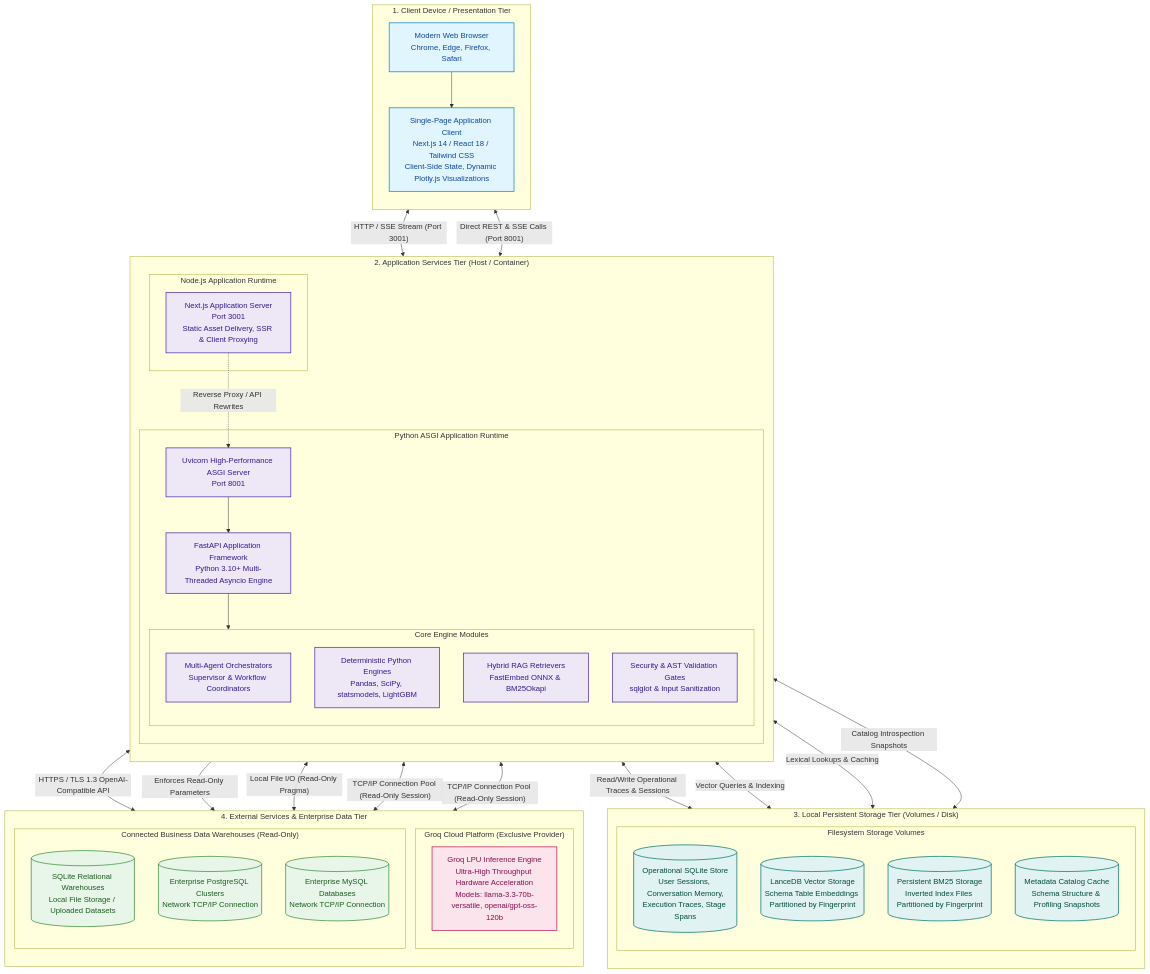
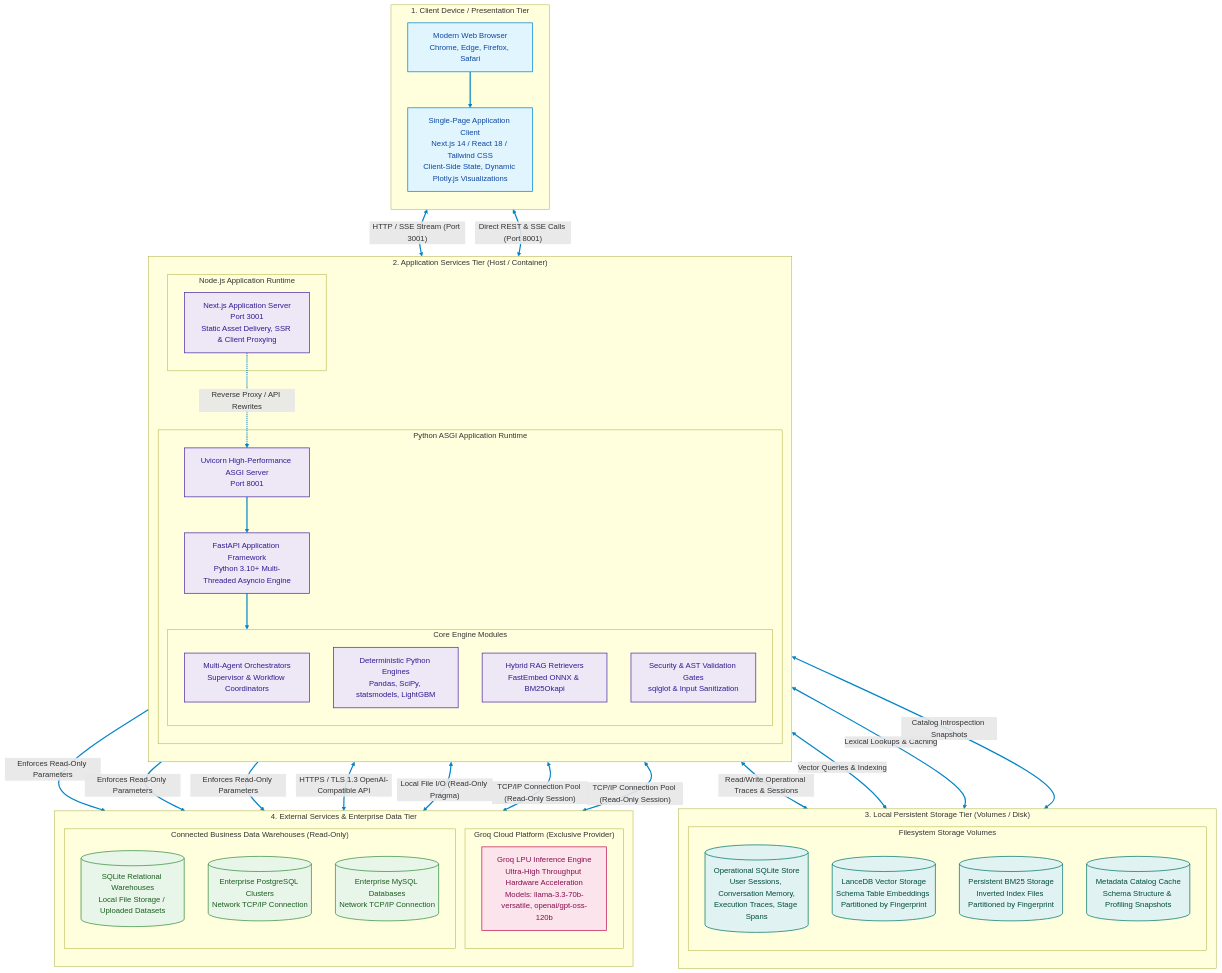
The diagram in docs/architecture/07_deployment_and_infrastructure.mmd (ganeshk2846/AI-Data-Scientist-Agent), drawn with Mermaid before and after one commit. The commit also changed 11 other files, not shown here.

Commit message:
docs: enhance mermaid diagram contrast and fix hierarchical layout

```diff
--- a/docs/architecture/07_deployment_and_infrastructure.mmd
+++ b/docs/architecture/07_deployment_and_infrastructure.mmd
@@ -1,88 +1,91 @@
 flowchart TB
 %% =====================================================================
 %% LEVEL 7: DEPLOYMENT AND INFRASTRUCTURE ARCHITECTURE
 %% AI for BI — Conversational Data Scientist Agent
 %% =====================================================================
 
     subgraph CLIENT_TIER["1. Client Device / Presentation Tier"]
         direction TB
         BrowserInstance["Modern Web Browser<br/>Chrome, Edge, Firefox, Safari"]
         SpaApplication["Single-Page Application Client<br/>Next.js 14 / React 18 / Tailwind CSS<br/>Client-Side State, Dynamic Plotly.js Visualizations"]
         BrowserInstance --> SpaApplication
     end
 
     subgraph APPLICATION_TIER["2. Application Services Tier (Host / Container)"]
         direction TB
 
         subgraph FRONTEND_SERVER["Node.js Application Runtime"]
             NextJsServer["Next.js Application Server<br/>Port 3001<br/>Static Asset Delivery, SSR & Client Proxying"]
         end
 
         subgraph BACKEND_SERVER["Python ASGI Application Runtime"]
             UvicornServer["Uvicorn High-Performance ASGI Server<br/>Port 8001"]
             FastApiGateway["FastAPI Application Framework<br/>Python 3.10+ Multi-Threaded Asyncio Engine"]
             
             subgraph CORE_MODULES["Core Engine Modules"]
                 Orchestrators["Multi-Agent Orchestrators<br/>Supervisor & Workflow Coordinators"]
                 AnalyticalEngines["Deterministic Python Engines<br/>Pandas, SciPy, statsmodels, LightGBM"]
                 RetrievalEngines["Hybrid RAG Retrievers<br/>FastEmbed ONNX & BM25Okapi"]
                 SecurityGuards["Security & AST Validation Gates<br/>sqlglot & Input Sanitization"]
             end
             
             UvicornServer --> FastApiGateway --> CORE_MODULES
         end
     end
 
     subgraph STORAGE_TIER["3. Local Persistent Storage Tier (Volumes / Disk)"]
         direction TB
         
         subgraph LOCAL_VOLUMES["Filesystem Storage Volumes"]
             OperationalDb[("Operational SQLite Store<br/>User Sessions, Conversation Memory,<br/>Execution Traces, Stage Spans")]
             VectorVolume[("LanceDB Vector Storage<br/>Schema Table Embeddings Partitioned by Fingerprint")]
             Bm25Volume[("Persistent BM25 Storage<br/>Inverted Index Files Partitioned by Fingerprint")]
             CacheVolume[("Metadata Catalog Cache<br/>Schema Structure & Profiling Snapshots")]
         end
     end
 
     subgraph EXTERNAL_TIER["4. External Services & Enterprise Data Tier"]
         direction TB
 
         subgraph CLOUD_LLM_SERVICE["Groq Cloud Platform (Exclusive Provider)"]
             GroqLpuCluster["Groq LPU Inference Engine<br/>Ultra-High Throughput Hardware Acceleration<br/>Models: llama-3.3-70b-versatile, openai/gpt-oss-120b"]
         end
 
         subgraph BUSINESS_DATA_WAREHOUSES["Connected Business Data Warehouses (Read-Only)"]
             LocalSqlite[("SQLite Relational Warehouses<br/>Local File Storage / Uploaded Datasets")]
             RemotePostgres[("Enterprise PostgreSQL Clusters<br/>Network TCP/IP Connection")]
             RemoteMySql[("Enterprise MySQL Databases<br/>Network TCP/IP Connection")]
         end
     end
 
     %% Network & Inter-Tier Communication
     SpaApplication <-->|"HTTP / SSE Stream (Port 3001)"| NextJsServer
     SpaApplication <-->|"Direct REST & SSE Calls (Port 8001)"| UvicornServer
     NextJsServer -.->|"Reverse Proxy / API Rewrites"| UvicornServer
 
     FastApiGateway <-->|"Read/Write Operational Traces & Sessions"| OperationalDb
     RetrievalEngines <-->|"Vector Queries & Indexing"| VectorVolume
     RetrievalEngines <-->|"Lexical Lookups & Caching"| Bm25Volume
     RetrievalEngines <-->|"Catalog Introspection Snapshots"| CacheVolume
 
     CORE_MODULES <-->|"HTTPS / TLS 1.3 OpenAI-Compatible API"| GroqLpuCluster
-    SecurityGuards -->|"Enforces Read-Only Parameters"| BUSINESS_DATA_WAREHOUSES
+    SecurityGuards -->|"Enforces Read-Only Parameters"| LocalSqlite & RemotePostgres & RemoteMySql
     CORE_MODULES <-->|"Local File I/O (Read-Only Pragma)"| LocalSqlite
     CORE_MODULES <-->|"TCP/IP Connection Pool (Read-Only Session)"| RemotePostgres
     CORE_MODULES <-->|"TCP/IP Connection Pool (Read-Only Session)"| RemoteMySql
 
     %% Styling Classes
     classDef clientClass fill:#e1f5fe,stroke:#0288d1,stroke-width:1.5px,color:#0d47a1;
     classDef appClass fill:#ede7f6,stroke:#512da8,stroke-width:1.5px,color:#311b92;
     classDef storeClass fill:#e0f2f1,stroke:#00796b,stroke-width:1.5px,color:#004d40;
     classDef cloudClass fill:#fce4ec,stroke:#c2185b,stroke-width:1.5px,color:#880e4f;
     classDef dataClass fill:#e8f5e9,stroke:#388e3c,stroke-width:1.5px,color:#1b5e20;
 
     class BrowserInstance,SpaApplication clientClass;
     class NextJsServer,UvicornServer,FastApiGateway,Orchestrators,AnalyticalEngines,RetrievalEngines,SecurityGuards appClass;
     class OperationalDb,VectorVolume,Bm25Volume,CacheVolume storeClass;
     class GroqLpuCluster cloudClass;
     class LocalSqlite,RemotePostgres,RemoteMySql dataClass;
+
+    %% High-Contrast Bold Connector Lines (100% Crisp & Visible on GitHub Dark and Light Modes)
+    linkStyle default stroke:#0284c7,stroke-width:2.5px;
```
